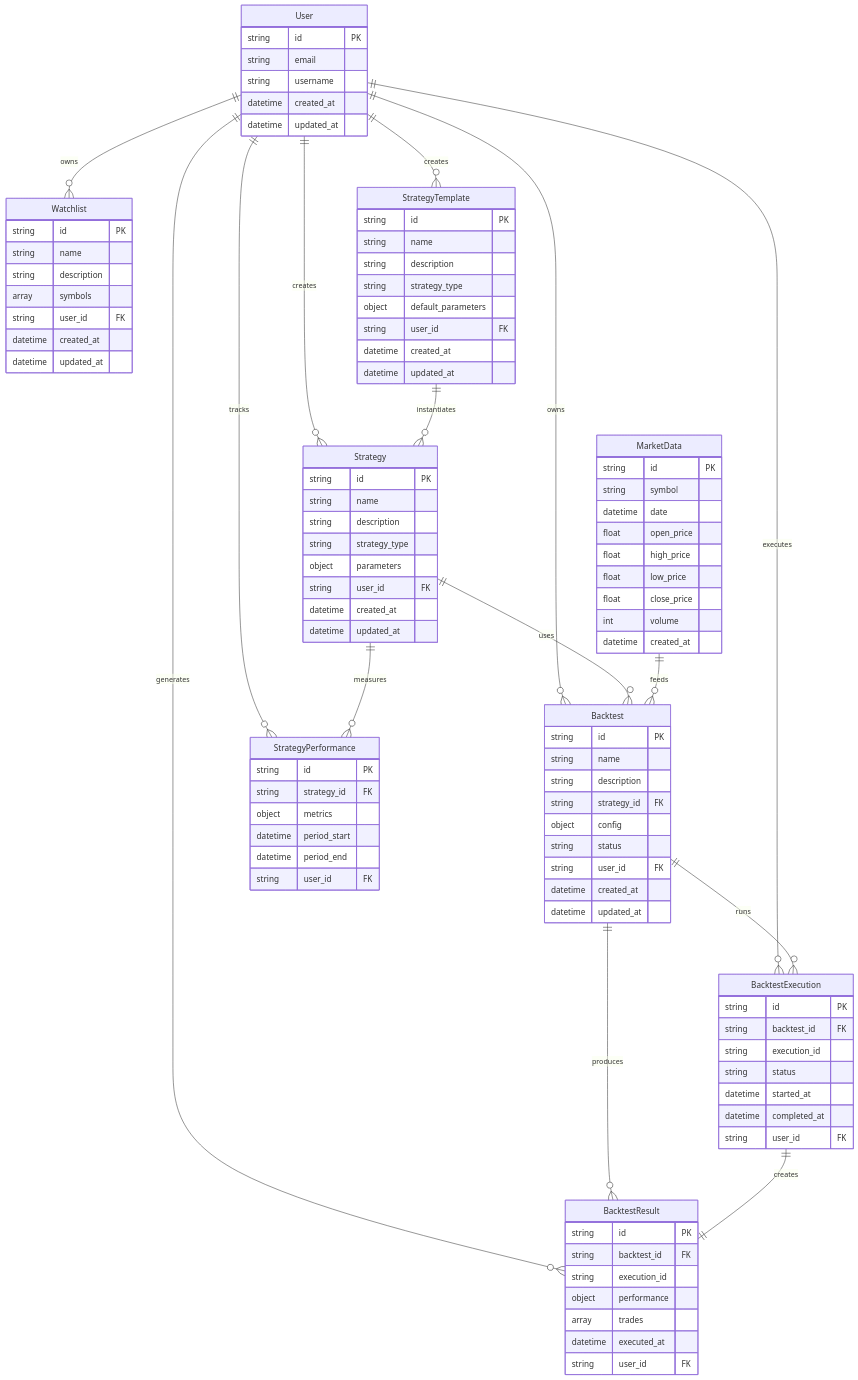
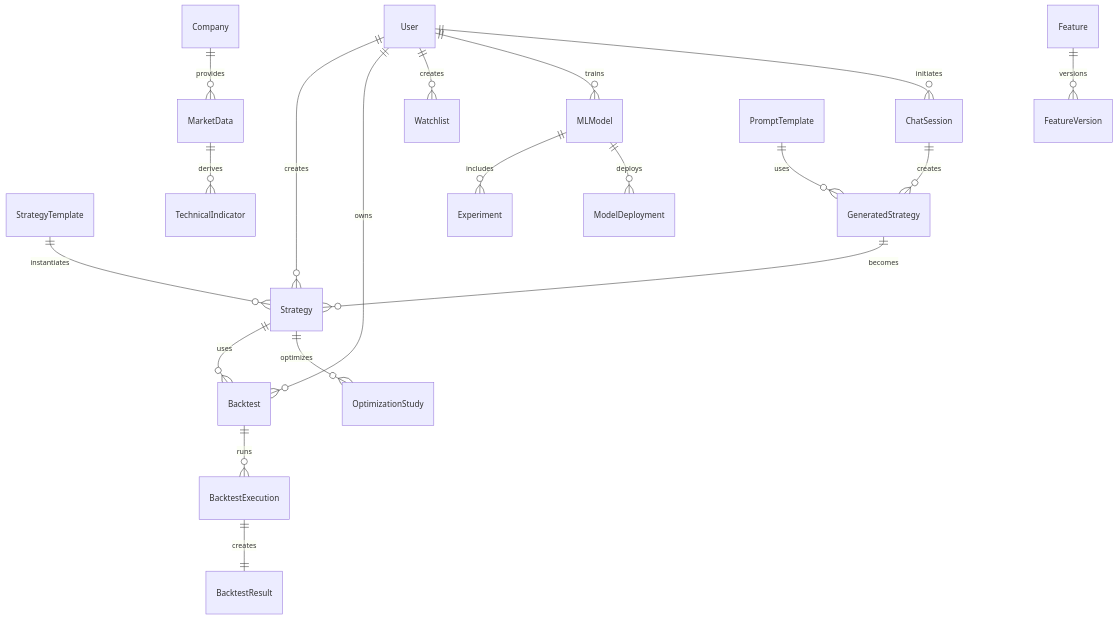
One commit to Br0therDan/quant changed the eighth of 8 diagrams in backend/README.md. Above: the diagram before and after it, drawn with Mermaid. The commit also changed other lines of this file and 11 other files, not shown here.

````diff
--- a/backend/README.md
+++ b/backend/README.md
@@ -238,112 +411,26 @@
 ```mermaid
 erDiagram
-    User {
-        string id PK
-        string email
-        string username
-        datetime created_at
-        datetime updated_at
-    }
+    User ||--o{ Strategy : creates
+    User ||--o{ Backtest : owns
+    User ||--o{ Watchlist : creates
+    User ||--o{ MLModel : trains
+    User ||--o{ ChatSession : initiates
 
-    Watchlist {
-        string id PK
-        string name
-        string description
-        array symbols
-        string user_id FK
-        datetime created_at
-        datetime updated_at
-    }
+    StrategyTemplate ||--o{ Strategy : instantiates
+    Strategy ||--o{ Backtest : uses
+    Strategy ||--o{ OptimizationStudy : optimizes
 
-    Strategy {
-        string id PK
-        string name
-        string description
-        string strategy_type
-        object parameters
-        string user_id FK
-        datetime created_at
-        datetime updated_at
-    }
+    Backtest ||--o{ BacktestExecution : runs
+    BacktestExecution ||--|| BacktestResult : creates
 
-    StrategyTemplate {
-        string id PK
-        string name
-        string description
-        string strategy_type
-        object default_parameters
-        string user_id FK
-        datetime created_at
-        datetime updated_at
-    }
+    Company ||--o{ MarketData : provides
+    MarketData ||--o{ TechnicalIndicator : derives
 
-    Backtest {
-        string id PK
-        string name
-        string description
-        string strategy_id FK
-        object config
-        string status
-        string user_id FK
-        datetime created_at
-        datetime updated_at
-    }
+    Feature ||--o{ FeatureVersion : versions
+    MLModel ||--o{ Experiment : includes
+    MLModel ||--o{ ModelDeployment : deploys
 
-    BacktestExecution {
-        string id PK
-        string backtest_id FK
-        string execution_id
-        string status
-        datetime started_at
-        datetime completed_at
-        string user_id FK
-    }
-
-    BacktestResult {
-        string id PK
-        string backtest_id FK
-        string execution_id
-        object performance
-        array trades
-        datetime executed_at
-        string user_id FK
-    }
-
-    StrategyPerformance {
-        string id PK
-        string strategy_id FK
-        object metrics
-        datetime period_start
-        datetime period_end
-        string user_id FK
-    }
-
-    MarketData {
-        string id PK
-        string symbol
-        datetime date
-        float open_price
-        float high_price
-        float low_price
-        float close_price
-        int volume
-        datetime created_at
-    }
-
-    User ||--o{ Watchlist : owns
-    User ||--o{ Strategy : creates
-    User ||--o{ StrategyTemplate : creates
-    User ||--o{ Backtest : owns
-    User ||--o{ BacktestExecution : executes
-    User ||--o{ BacktestResult : generates
-    User ||--o{ StrategyPerformance : tracks
-
-    Strategy ||--o{ Backtest : uses
-    StrategyTemplate ||--o{ Strategy : instantiates
-    Backtest ||--o{ BacktestExecution : runs
-    Backtest ||--o{ BacktestResult : produces
-    BacktestExecution ||--|| BacktestResult : creates
-    Strategy ||--o{ StrategyPerformance : measures
-
-    MarketData ||--o{ Backtest : feeds
+    PromptTemplate ||--o{ GeneratedStrategy : uses
+    ChatSession ||--o{ GeneratedStrategy : creates
+    GeneratedStrategy ||--o{ Strategy : becomes
 ```
````
